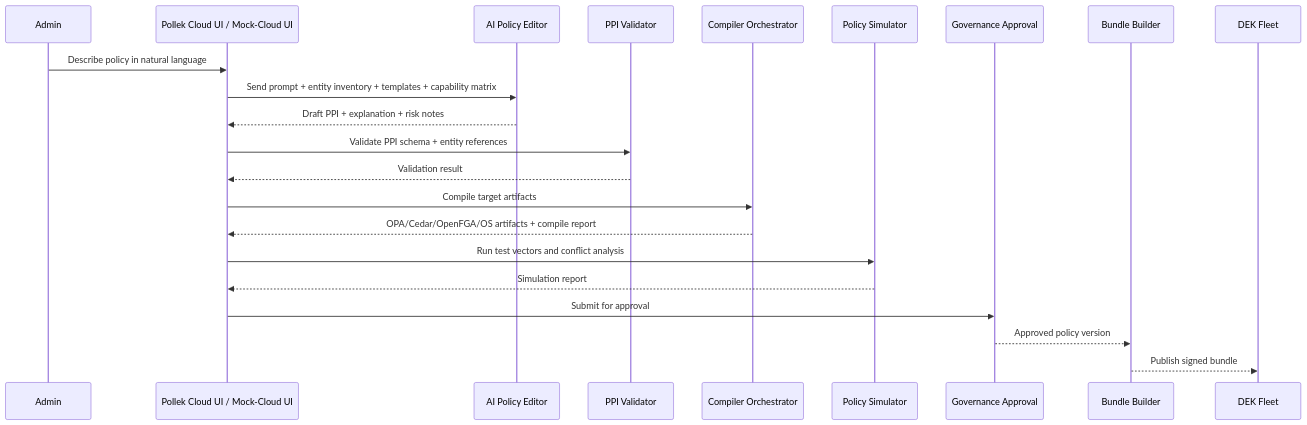
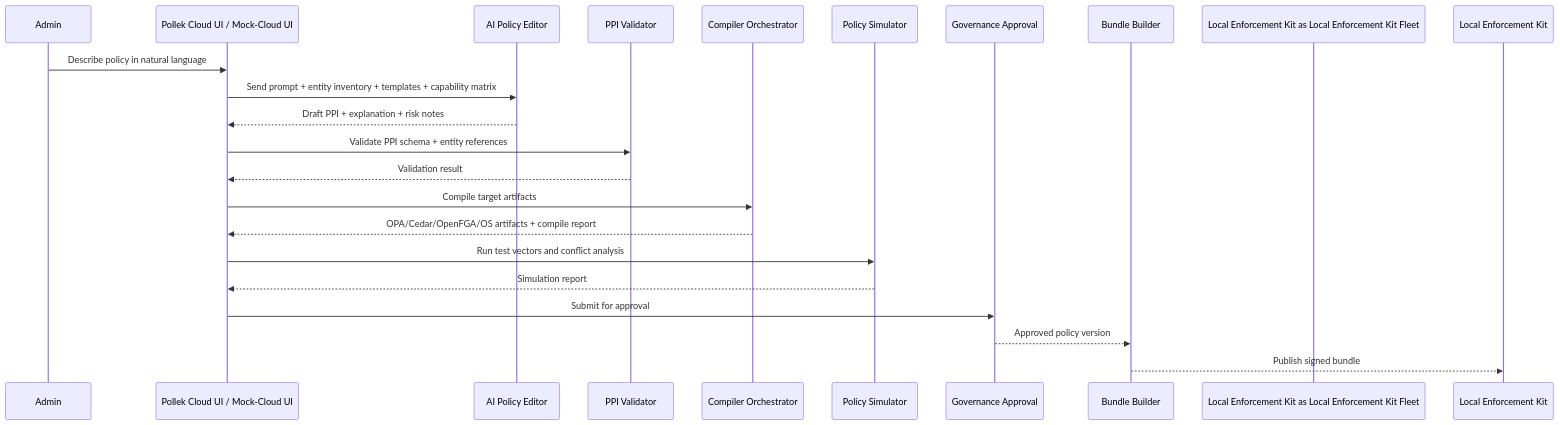
One commit to AECInfraconnect/AntiG_Pollen_DEK changed the first of 6 diagrams in docs/design/policy-enforcement-flows.md. Above: the diagram before and after it, drawn with Mermaid. The commit also changed other lines of this file and 55 other files, not shown here.

Commit message:
Rename DEK to Local Enforcement Kit in docs

````diff
--- a/docs/design/policy-enforcement-flows.md
+++ b/docs/design/policy-enforcement-flows.md
@@ -408,25 +408,25 @@
 ```mermaid
 sequenceDiagram
   participant Admin
   participant CloudUI as Pollek Cloud UI / Mock-Cloud UI
   participant AI as AI Policy Editor
   participant Intent as PPI Validator
   participant Compiler as Compiler Orchestrator
   participant Sim as Policy Simulator
   participant Gov as Governance Approval
   participant Bundle as Bundle Builder
-  participant DEK as DEK Fleet
+  participant Local Enforcement Kit as Local Enforcement Kit Fleet
 
   Admin->>CloudUI: Describe policy in natural language
   CloudUI->>AI: Send prompt + entity inventory + templates + capability matrix
   AI-->>CloudUI: Draft PPI + explanation + risk notes
   CloudUI->>Intent: Validate PPI schema + entity references
   Intent-->>CloudUI: Validation result
   CloudUI->>Compiler: Compile target artifacts
   Compiler-->>CloudUI: OPA/Cedar/OpenFGA/OS artifacts + compile report
   CloudUI->>Sim: Run test vectors and conflict analysis
   Sim-->>CloudUI: Simulation report
   CloudUI->>Gov: Submit for approval
   Gov-->>Bundle: Approved policy version
-  Bundle-->>DEK: Publish signed bundle
+  Bundle-->>Local Enforcement Kit: Publish signed bundle
 ```
````
